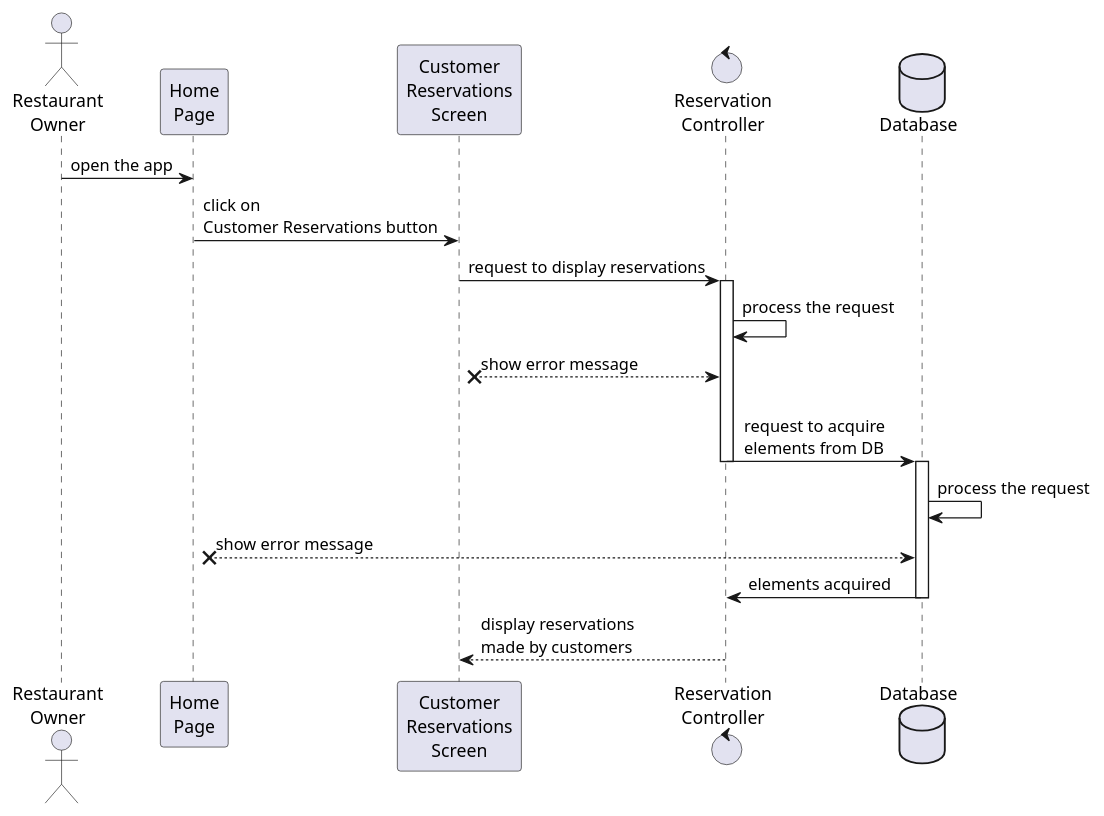
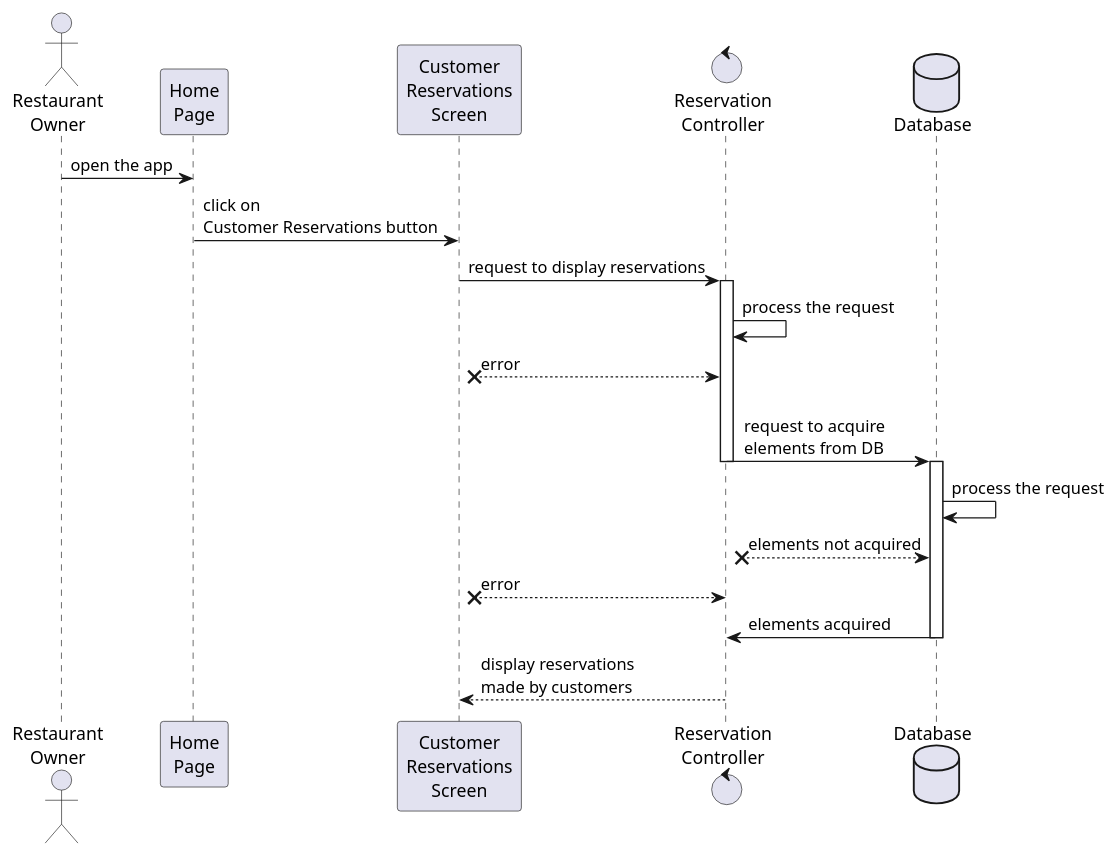
One commit to TommasoScalici/FoodDelivery changed the diagram in src/main/java/unipa/fooddelivery/diagrams/sequence/restaurantOwner/displayReservation.wsd. Above: the diagram before and after it, drawn with PlantUML. The commit also changed 8 other files, not shown here.

Commit message:
create sequence diagram updateUserInfo, fix other sequence diagram and create use case for shoppin cart

```diff
--- a/src/main/java/unipa/fooddelivery/diagrams/sequence/restaurantOwner/displayReservation.wsd
+++ b/src/main/java/unipa/fooddelivery/diagrams/sequence/restaurantOwner/displayReservation.wsd
@@ -1,27 +1,28 @@
 @startuml displayReservations
 
 actor "Restaurant\nOwner" as RestaurantOwner
 participant "Home\nPage" as HomePage
 participant "Customer\nReservations\nScreen" as ReservationsScreen
 control "Reservation\nController" as ReservationController
 Database Database
 
 RestaurantOwner -> HomePage: open the app
 HomePage -> ReservationsScreen: click on\nCustomer Reservations button
 ReservationsScreen -> ReservationController: request to display reservations
 
 activate ReservationController
 ReservationController -> ReservationController: process the request
-ReservationsScreen x-- ReservationController: show error message
+ReservationsScreen x-- ReservationController: error
 ReservationController -> Database: \n  request to acquire\n  elements from DB
 deactivate ReservationController
 
 activate Database
 Database -> Database: process the request
-HomePage x-- Database: show error message
+ReservationController x-- Database: elements not acquired
+ReservationsScreen x-- ReservationController : error
 ReservationController <- Database: elements acquired
 deactivate Database
 
 ReservationsScreen <-- ReservationController: display reservations\nmade by customers
 
 @enduml
```
